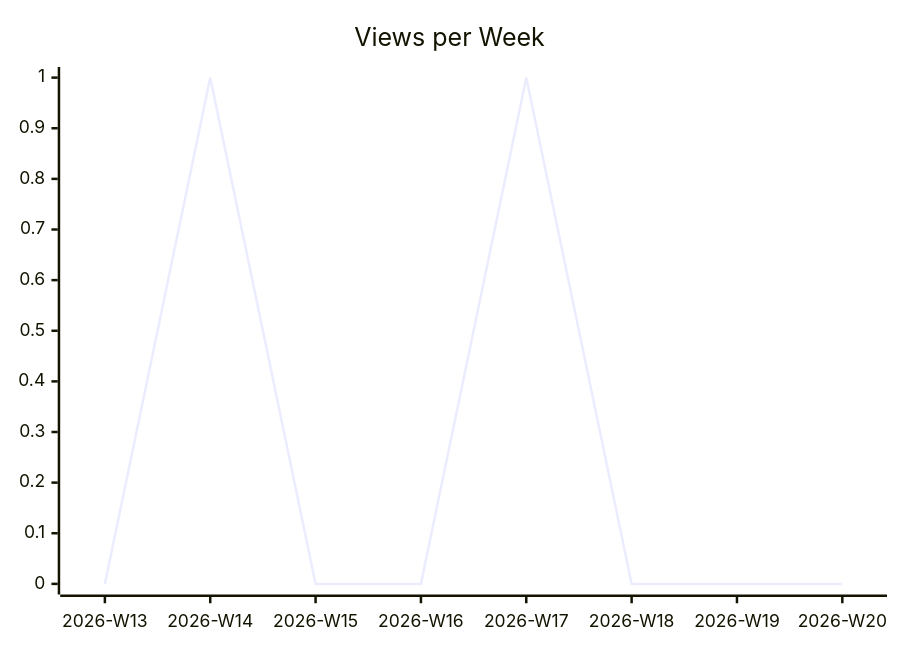
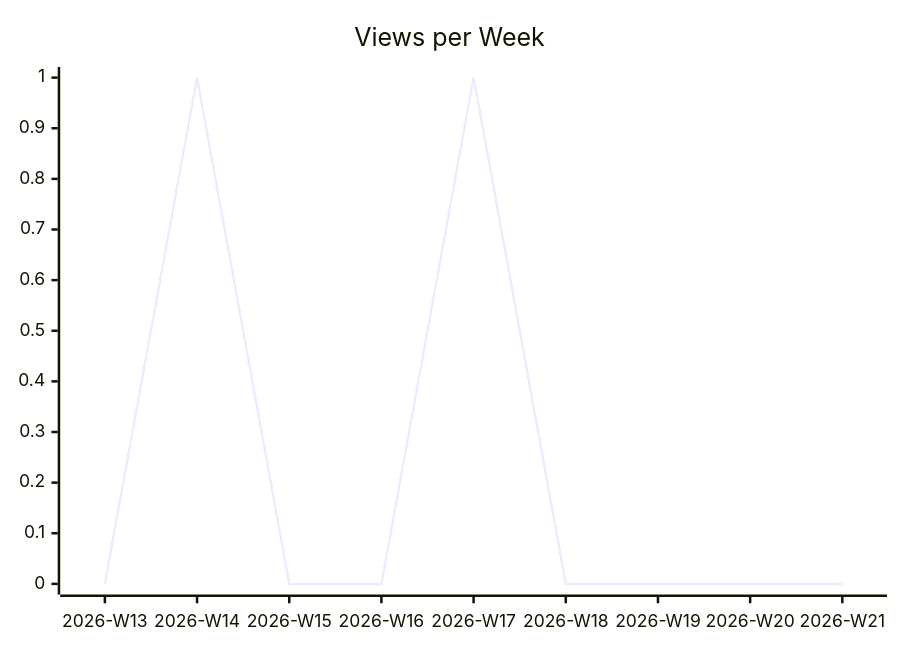
The second of 3 diagrams in karlmdavis/todoist-ai/README.md (justdavis-family/github-analytics-data), drawn with Mermaid before and after one commit. The commit also changed other lines of this file and 187 other files, not shown here.

````diff
--- a/karlmdavis/todoist-ai/README.md
+++ b/karlmdavis/todoist-ai/README.md
@@ -12,6 +12,6 @@
 ```mermaid
 xychart-beta
   title "Views per Week"
-  x-axis ["2026-W13", "2026-W14", "2026-W15", "2026-W16", "2026-W17", "2026-W18", "2026-W19", "2026-W20"]
-  line [0, 1, 0, 0, 1, 0, 0, 0]
+  x-axis ["2026-W13", "2026-W14", "2026-W15", "2026-W16", "2026-W17", "2026-W18", "2026-W19", "2026-W20", "2026-W21"]
+  line [0, 1, 0, 0, 1, 0, 0, 0, 0]
 ```
````
